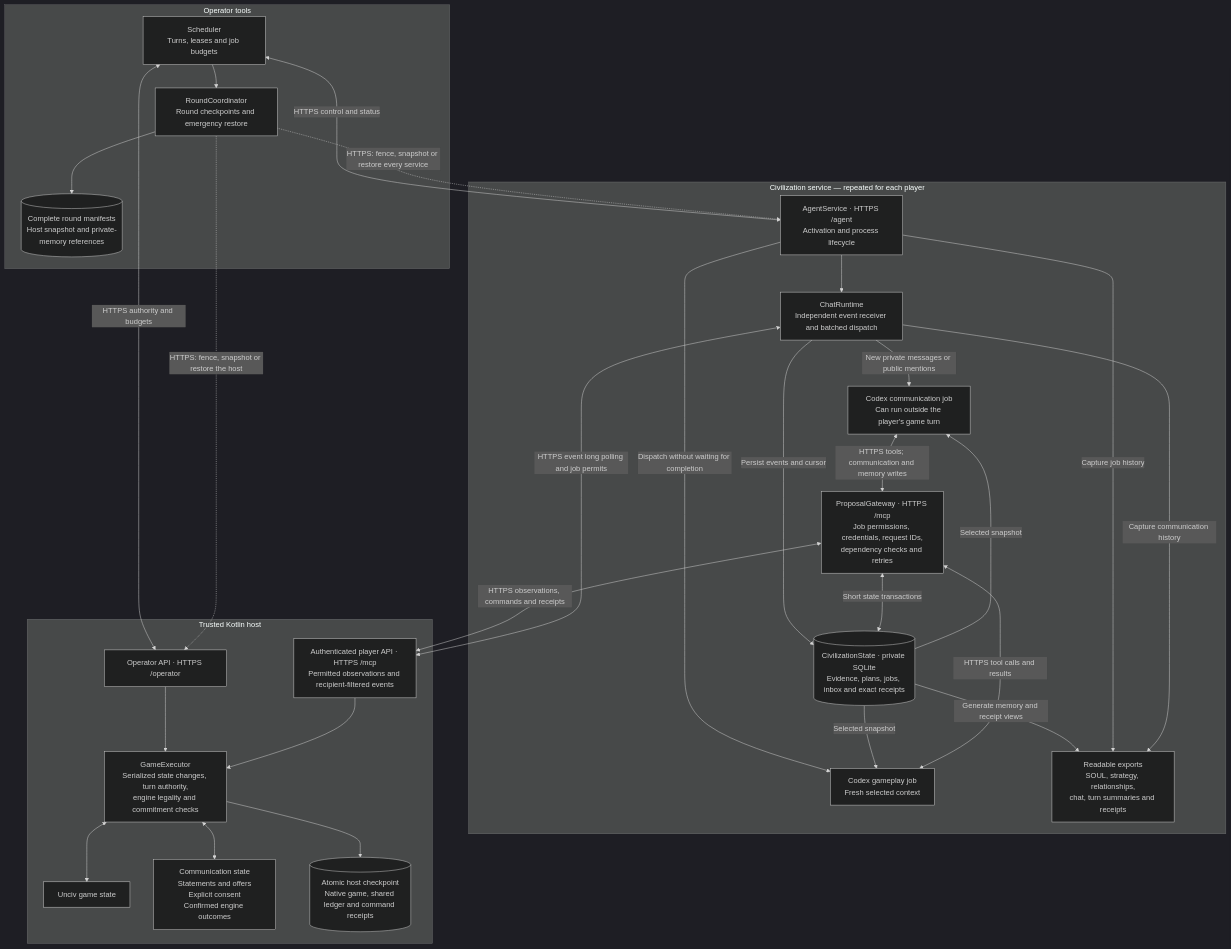
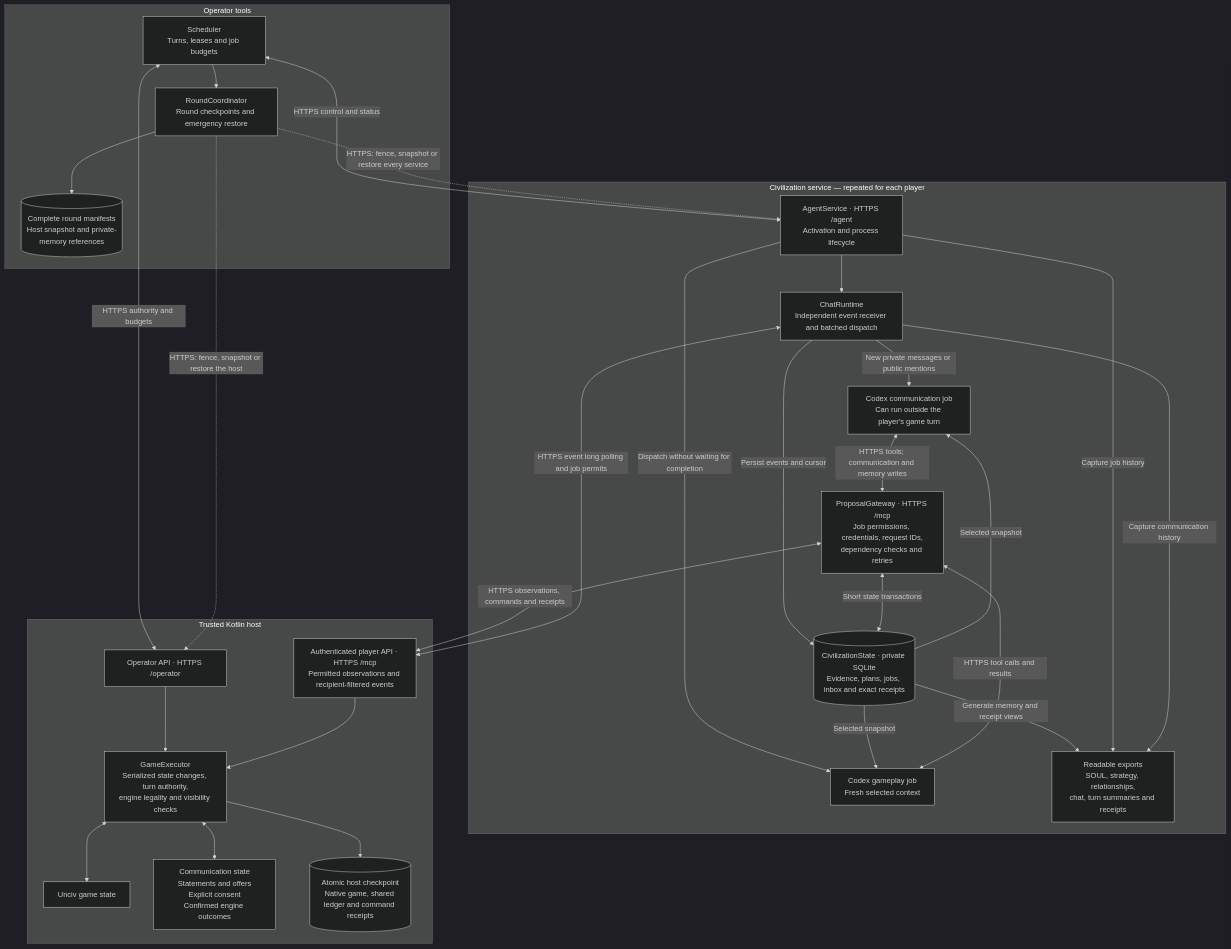
The diagram in docs/Async-chat-architecture.md (varchasgopalaswamy/unciv-ai), drawn with Mermaid (dark theme) before and after one commit. The commit also changed 31 other files, not shown here.

````diff
--- a/docs/Async-chat-architecture.md
+++ b/docs/Async-chat-architecture.md
@@ -8,55 +8,55 @@
 ```mermaid
 flowchart TB
     subgraph Operator["Operator tools"]
         Scheduler["Scheduler<br/>Turns, leases and job budgets"]
         Recovery["RoundCoordinator<br/>Round checkpoints and emergency restore"]
         Manifests[("Complete round manifests<br/>Host snapshot and private-memory references")]
         Scheduler --> Recovery
         Recovery --> Manifests
     end
 
     subgraph Civilization["Civilization service — repeated for each player"]
         Control["AgentService · HTTPS /agent<br/>Activation and process lifecycle"]
         Chat["ChatRuntime<br/>Independent event receiver and batched dispatch"]
         Memory[("CivilizationState · private SQLite<br/>Evidence, plans, jobs, inbox and exact receipts")]
         Gameplay["Codex gameplay job<br/>Fresh selected context"]
         Conversation["Codex communication job<br/>Can run outside the player's game turn"]
         Gateway["ProposalGateway · HTTPS /mcp<br/>Job permissions, credentials, request IDs,<br/>dependency checks and retries"]
         Files["Readable exports<br/>SOUL, strategy, relationships,<br/>chat, turn summaries and receipts"]
 
         Control --> Chat
         Control -->|"Dispatch without waiting for completion"| Gameplay
         Chat -->|"New private messages or public mentions"| Conversation
         Chat -->|"Persist events and cursor"| Memory
         Memory -->|"Selected snapshot"| Gameplay
         Memory -->|"Selected snapshot"| Conversation
         Gameplay <-->|"HTTPS tool calls and results"| Gateway
         Conversation <-->|"HTTPS tools; communication and memory writes"| Gateway
         Gateway <-->|"Short state transactions"| Memory
         Memory -->|"Generate memory and receipt views"| Files
         Control -->|"Capture job history"| Files
         Chat -->|"Capture communication history"| Files
     end
 
     subgraph Host["Trusted Kotlin host"]
         OperatorAPI["Operator API · HTTPS /operator"]
         PlayerAPI["Authenticated player API · HTTPS /mcp<br/>Permitted observations and recipient-filtered events"]
-        Executor["GameExecutor<br/>Serialized state changes, turn authority,<br/>engine legality and commitment checks"]
+        Executor["GameExecutor<br/>Serialized state changes, turn authority,<br/>engine legality and visibility checks"]
         Game["Unciv game state"]
         Ledger["Communication state<br/>Statements and offers<br/>Explicit consent<br/>Confirmed engine outcomes"]
         Checkpoint[("Atomic host checkpoint<br/>Native game, shared ledger and command receipts")]
 
         OperatorAPI --> Executor
         PlayerAPI --> Executor
         Executor <--> Game
         Executor <--> Ledger
         Executor --> Checkpoint
     end
 
     Scheduler <-->|"HTTPS control and status"| Control
     Scheduler <-->|"HTTPS authority and budgets"| OperatorAPI
     Gateway <-->|"HTTPS observations, commands and receipts"| PlayerAPI
     Chat <-->|"HTTPS event long polling and job permits"| PlayerAPI
     Recovery -.->|"HTTPS: fence, snapshot or restore every service"| Control
     Recovery -.->|"HTTPS: fence, snapshot or restore the host"| OperatorAPI
 ```
````
